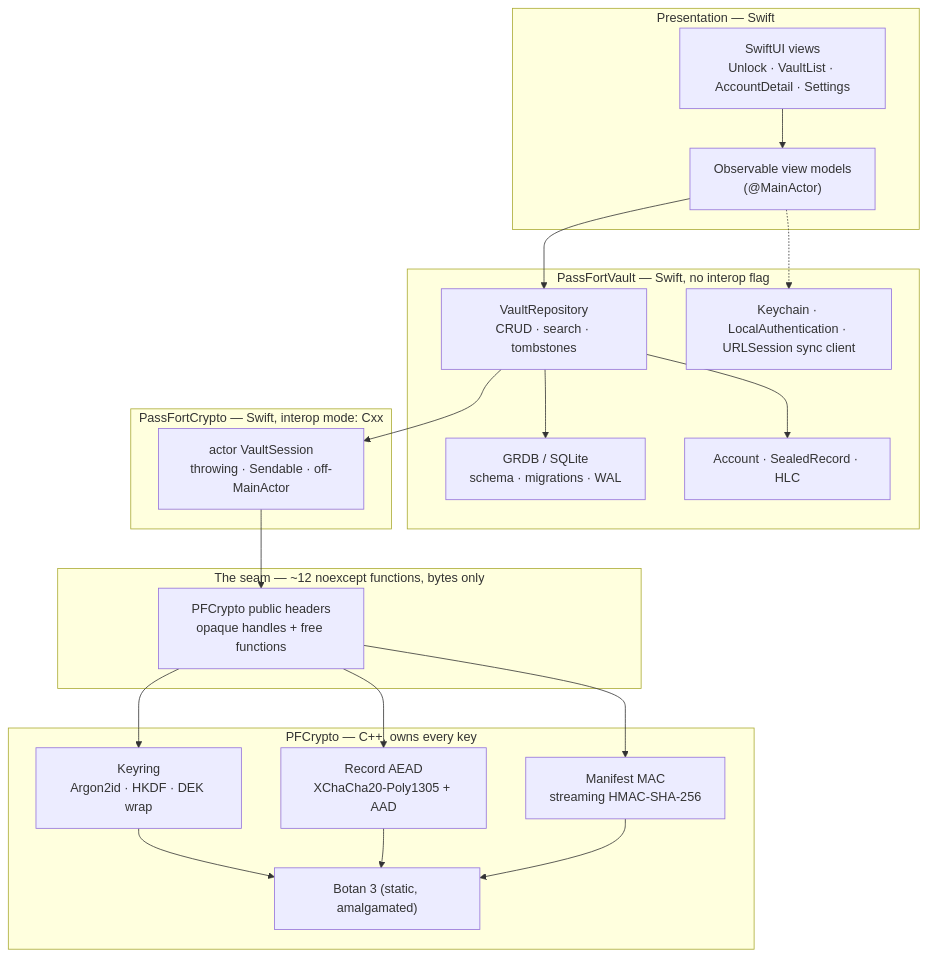
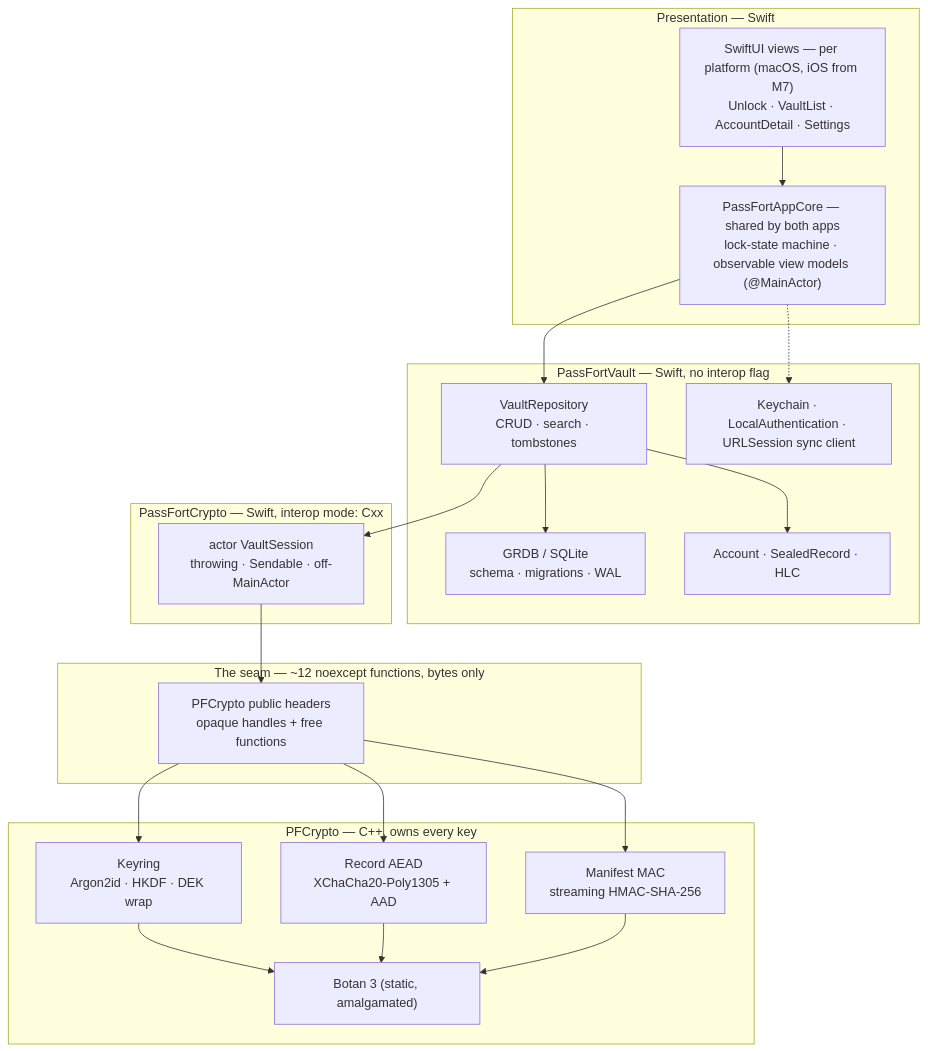
One commit to csabimvp/PassFortApp changed the first of 3 diagrams in docs/architecture.md. Above: the diagram before and after it, drawn with Mermaid. The commit also changed other lines of this file and 4 other files, not shown here.

````diff
--- a/docs/architecture.md
+++ b/docs/architecture.md
@@ -43,37 +43,37 @@
 ```mermaid
 flowchart TB
     subgraph SwiftUI["Presentation — Swift"]
-        UI["SwiftUI views<br/>Unlock · VaultList · AccountDetail · Settings"]
-        VM["Observable view models<br/>(@MainActor)"]
+        UI["SwiftUI views — per platform (macOS, iOS from M7)<br/>Unlock · VaultList · AccountDetail · Settings"]
+        VM["PassFortAppCore — shared by both apps<br/>lock-state machine · observable view models (@MainActor)"]
     end
     subgraph Vault["PassFortVault — Swift, no interop flag"]
         Repo["VaultRepository<br/>CRUD · search · tombstones"]
         DB["GRDB / SQLite<br/>schema · migrations · WAL"]
         Model["Account · SealedRecord · HLC"]
         Plat["Keychain · LocalAuthentication · URLSession sync client"]
     end
     subgraph Bridge["PassFortCrypto — Swift, interop mode: Cxx"]
         Session["actor VaultSession<br/>throwing · Sendable · off-MainActor"]
     end
     subgraph Seam["The seam — ~12 noexcept functions, bytes only"]
         Facade["PFCrypto public headers<br/>opaque handles + free functions"]
     end
     subgraph Cxx["PFCrypto — C++, owns every key"]
         Keyring["Keyring<br/>Argon2id · HKDF · DEK wrap"]
         AEAD["Record AEAD<br/>XChaCha20-Poly1305 + AAD"]
         Mac["Manifest MAC<br/>streaming HMAC-SHA-256"]
         Botan["Botan 3 (static, amalgamated)"]
     end
 
     UI --> VM --> Repo
     Repo --> DB
     Repo --> Model
     Repo --> Session
     VM -.-> Plat
     Session --> Facade --> Keyring
     Facade --> AEAD
     Facade --> Mac
     Keyring --> Botan
     AEAD --> Botan
     Mac --> Botan
 ```
````
